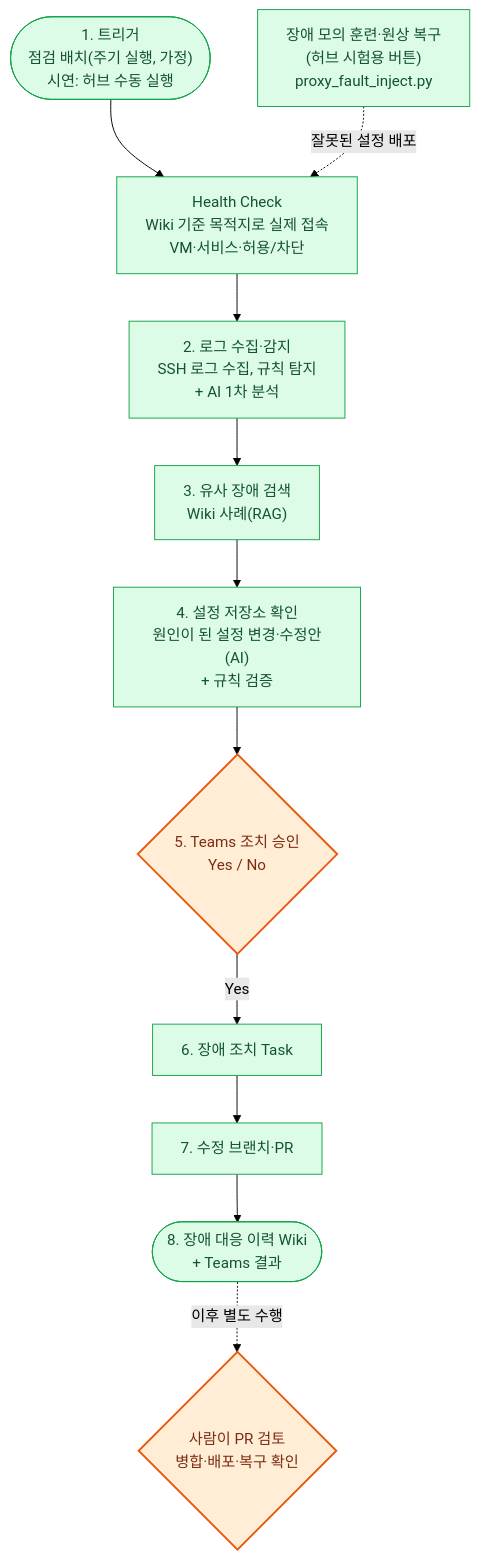
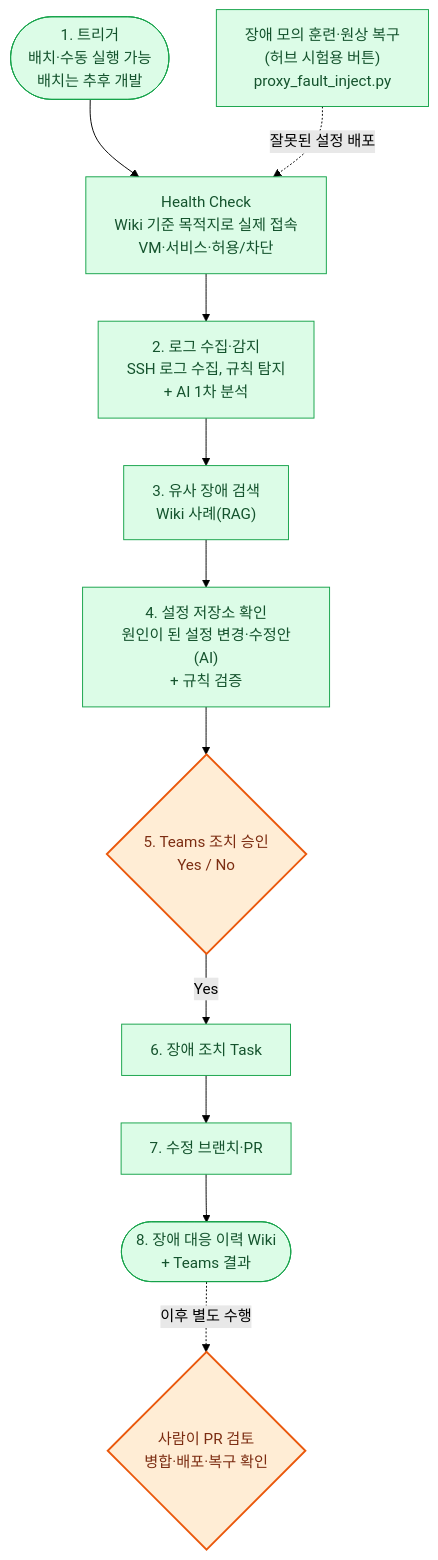
The third of 10 diagrams in README.md (pcmola/ai-master), drawn with Mermaid (forest theme) before and after one commit. The commit also changed other lines of this file and 1 other file, not shown here.

Commit message:
README·허브 툴팁: 시나리오 2·3 트리거를 '배치·수동 실행 가능, 배치는 추후 개발'로

````diff
--- a/README.md
+++ b/README.md
@@ -321,18 +321,18 @@
 ```mermaid
 flowchart TD
-    t(["1. 트리거<br/>점검 배치(주기 실행, 가정)<br/>시연: 허브 수동 실행"]) --> hc["Health Check<br/>Wiki 기준 목적지로 실제 접속<br/>VM·서비스·허용/차단"]
+    t(["1. 트리거<br/>배치·수동 실행 가능<br/>배치는 추후 개발"]) --> hc["Health Check<br/>Wiki 기준 목적지로 실제 접속<br/>VM·서비스·허용/차단"]
     hc --> d["2. 로그 수집·감지<br/>SSH 로그 수집, 규칙 탐지<br/>+ AI 1차 분석"]
     d --> sim["3. 유사 장애 검색<br/>Wiki 사례(RAG)"]
     sim --> src["4. 설정 저장소 확인<br/>원인이 된 설정 변경·수정안(AI)<br/>+ 규칙 검증"]
     src --> ap{"5. Teams 조치 승인<br/>Yes / No"}
     ap -- "Yes" --> task["6. 장애 조치 Task"]
     task --> pr["7. 수정 브랜치·PR"]
     pr --> hist(["8. 장애 대응 이력 Wiki<br/>+ Teams 결과"])
     hist -. "이후 별도 수행" .-> review{"사람이 PR 검토<br/>병합·배포·복구 확인"}
     inj["장애 모의 훈련·원상 복구<br/>(허브 시험용 버튼)<br/>proxy_fault_inject.py"] -. "잘못된 설정 배포" .-> hc
 
     classDef done fill:#DCFCE7,stroke:#16A34A,color:#14532D
     classDef user fill:#FFEDD5,stroke:#EA580C,stroke-width:2px,color:#7C2D12
     class t,hc,d,sim,src,inj,task,pr,hist done
     class ap,review user
 ```
````
